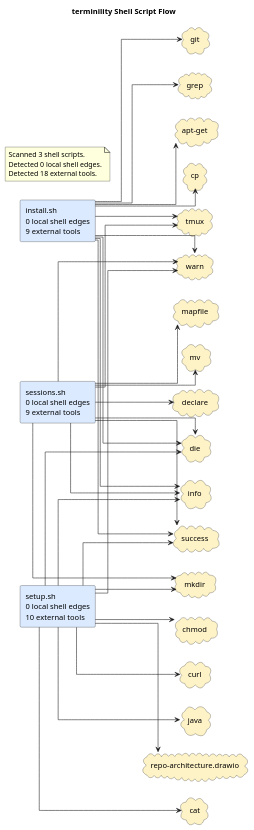
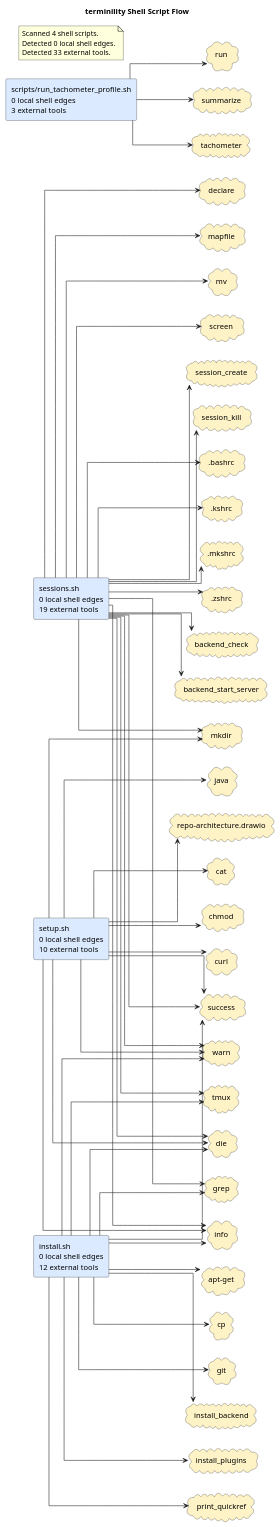
The diagram in docs/diagrams/shell-call-graph.puml (casonk/terminility), drawn with PlantUML before and after one commit. The commit also changed 12 other files, not shown here.

Commit message:
feat: improve tmux install and session workflows

```diff
--- a/docs/diagrams/shell-call-graph.puml
+++ b/docs/diagrams/shell-call-graph.puml
@@ -1,62 +1,94 @@
 @startuml
 title terminility Shell Script Flow
 left to right direction
 skinparam shadowing false
 skinparam defaultFontName Monospace
 skinparam componentStyle rectangle
 skinparam linetype ortho
-rectangle "install.sh\n0 local shell edges\n9 external tools" as shell_install_sh #DBEAFE
-rectangle "sessions.sh\n0 local shell edges\n9 external tools" as shell_sessions_sh #DBEAFE
+rectangle "install.sh\n0 local shell edges\n12 external tools" as shell_install_sh #DBEAFE
+rectangle "scripts/run_tachometer_profile.sh\n0 local shell edges\n3 external tools" as shell_scripts_run_tachometer_profile_sh #DBEAFE
+rectangle "sessions.sh\n0 local shell edges\n19 external tools" as shell_sessions_sh #DBEAFE
 rectangle "setup.sh\n0 local shell edges\n10 external tools" as shell_setup_sh #DBEAFE
+cloud ".bashrc" as tool_bashrc #FEF3C7
+cloud ".kshrc" as tool_kshrc #FEF3C7
+cloud ".mkshrc" as tool_mkshrc #FEF3C7
+cloud ".zshrc" as tool_zshrc #FEF3C7
 cloud "apt-get" as tool_apt_get #FEF3C7
+cloud "backend_check" as tool_backend_check #FEF3C7
+cloud "backend_start_server" as tool_backend_start_server #FEF3C7
 cloud "cat" as tool_cat #FEF3C7
 cloud "chmod" as tool_chmod #FEF3C7
 cloud "cp" as tool_cp #FEF3C7
 cloud "curl" as tool_curl #FEF3C7
 cloud "declare" as tool_declare #FEF3C7
 cloud "die" as tool_die #FEF3C7
 cloud "git" as tool_git #FEF3C7
 cloud "grep" as tool_grep #FEF3C7
 cloud "info" as tool_info #FEF3C7
+cloud "install_backend" as tool_install_backend #FEF3C7
+cloud "install_plugins" as tool_install_plugins #FEF3C7
 cloud "java" as tool_java #FEF3C7
 cloud "mapfile" as tool_mapfile #FEF3C7
 cloud "mkdir" as tool_mkdir #FEF3C7
 cloud "mv" as tool_mv #FEF3C7
+cloud "print_quickref" as tool_print_quickref #FEF3C7
 cloud "repo-architecture.drawio" as tool_repo_architecture_drawio #FEF3C7
+cloud "run" as tool_run #FEF3C7
+cloud "screen" as tool_screen #FEF3C7
+cloud "session_create" as tool_session_create #FEF3C7
+cloud "session_kill" as tool_session_kill #FEF3C7
 cloud "success" as tool_success #FEF3C7
+cloud "summarize" as tool_summarize #FEF3C7
+cloud "tachometer" as tool_tachometer #FEF3C7
 cloud "tmux" as tool_tmux #FEF3C7
 cloud "warn" as tool_warn #FEF3C7
 shell_install_sh --> tool_apt_get
 shell_install_sh --> tool_cp
 shell_install_sh --> tool_die
 shell_install_sh --> tool_git
 shell_install_sh --> tool_grep
 shell_install_sh --> tool_info
+shell_install_sh --> tool_install_backend
+shell_install_sh --> tool_install_plugins
+shell_install_sh --> tool_print_quickref
 shell_install_sh --> tool_success
 shell_install_sh --> tool_tmux
 shell_install_sh --> tool_warn
+shell_scripts_run_tachometer_profile_sh --> tool_run
+shell_scripts_run_tachometer_profile_sh --> tool_summarize
+shell_scripts_run_tachometer_profile_sh --> tool_tachometer
+shell_sessions_sh --> tool_bashrc
+shell_sessions_sh --> tool_kshrc
+shell_sessions_sh --> tool_mkshrc
+shell_sessions_sh --> tool_zshrc
+shell_sessions_sh --> tool_backend_check
+shell_sessions_sh --> tool_backend_start_server
 shell_sessions_sh --> tool_declare
 shell_sessions_sh --> tool_die
+shell_sessions_sh --> tool_grep
 shell_sessions_sh --> tool_info
 shell_sessions_sh --> tool_mapfile
 shell_sessions_sh --> tool_mkdir
 shell_sessions_sh --> tool_mv
+shell_sessions_sh --> tool_screen
+shell_sessions_sh --> tool_session_create
+shell_sessions_sh --> tool_session_kill
 shell_sessions_sh --> tool_success
 shell_sessions_sh --> tool_tmux
 shell_sessions_sh --> tool_warn
 shell_setup_sh --> tool_cat
 shell_setup_sh --> tool_chmod
 shell_setup_sh --> tool_curl
 shell_setup_sh --> tool_die
 shell_setup_sh --> tool_info
 shell_setup_sh --> tool_java
 shell_setup_sh --> tool_mkdir
 shell_setup_sh --> tool_repo_architecture_drawio
 shell_setup_sh --> tool_success
 shell_setup_sh --> tool_warn
 note as shellGraphSummary
-Scanned 3 shell scripts.
+Scanned 4 shell scripts.
 Detected 0 local shell edges.
-Detected 18 external tools.
+Detected 33 external tools.
 end note
 @enduml
```
